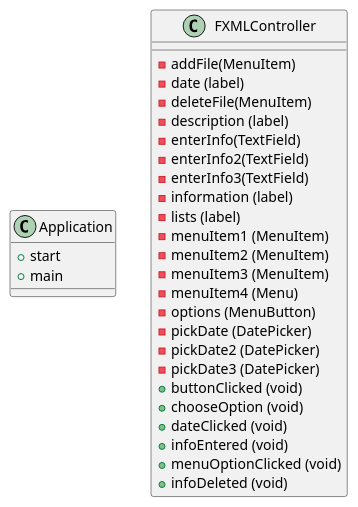
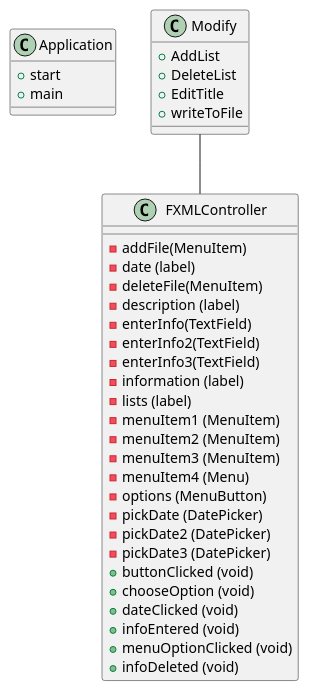
One commit to mathdude3482/Jaro-app1-design changed the diagram in JavaFX-app1/docs/diagram.puml. Above: the diagram before and after it, drawn with PlantUML. The commit also changed 2 other files, not shown here.

Commit message:
Updated PUML diagram, added a new class, and added skeleton for JUnit Testing.

```diff
--- a/JavaFX-app1/docs/diagram.puml
+++ b/JavaFX-app1/docs/diagram.puml
@@ -1,31 +1,38 @@
 @startuml
 class Application{
 + start
 + main
 }
 class FXMLController{
 - addFile(MenuItem)
 - date (label)
 - deleteFile(MenuItem)
 - description (label)
 - enterInfo(TextField)
 - enterInfo2(TextField)
 - enterInfo3(TextField)
 - information (label)
 - lists (label)
 - menuItem1 (MenuItem)
 - menuItem2 (MenuItem)
 - menuItem3 (MenuItem)
 - menuItem4 (Menu)
 - options (MenuButton)
 - pickDate (DatePicker)
 - pickDate2 (DatePicker)
 - pickDate3 (DatePicker)
 + buttonClicked (void)
 + chooseOption (void)
 + dateClicked (void)
 + infoEntered (void)
 + menuOptionClicked (void)
 + infoDeleted (void)
 }
+class Modify{
++AddList
++DeleteList
++EditTitle
++writeToFile
+}
+Modify -- FXMLController
 @enduml
```
